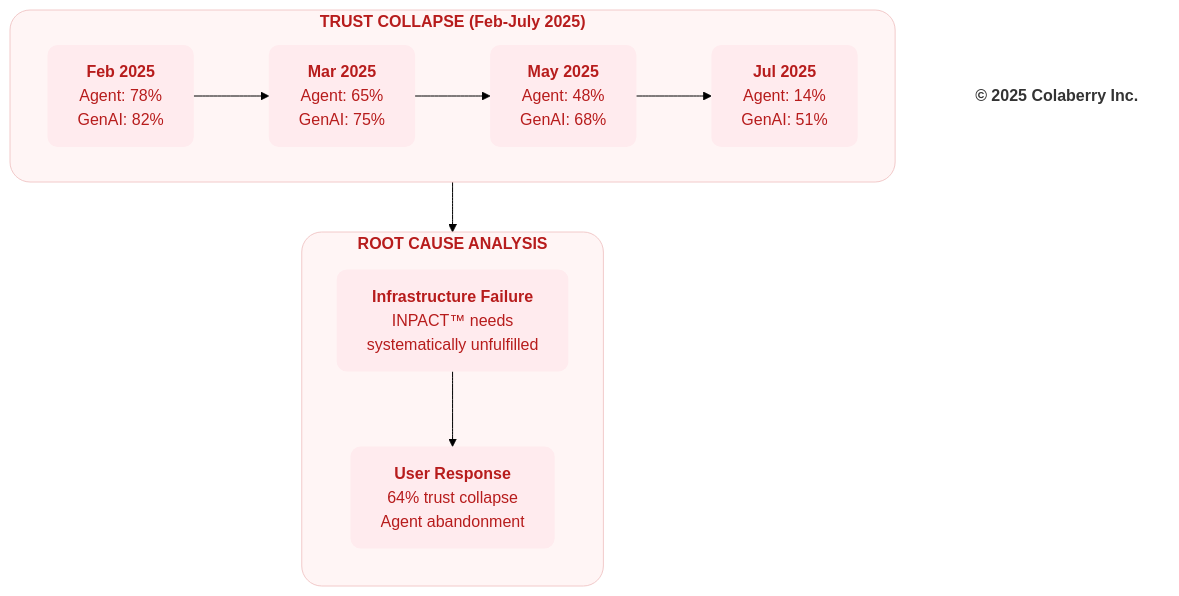
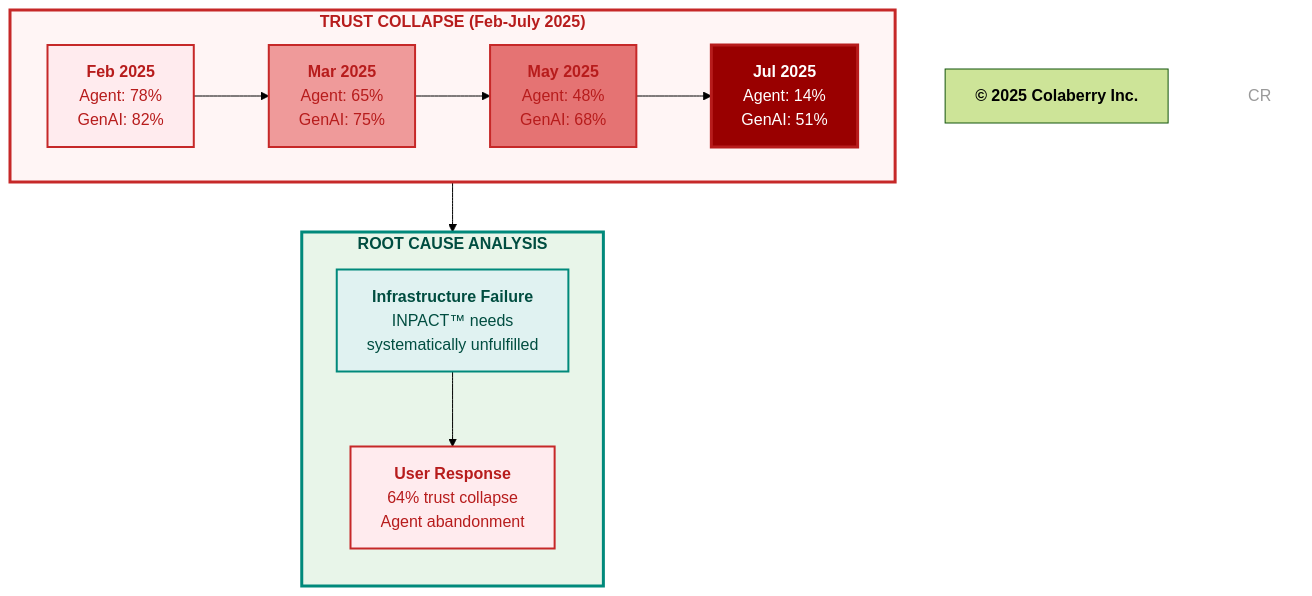
One commit to saitejesh-cyber/trust-before-intelligence-book changed the second of 6 diagrams in manuscript/02_chapter_1_why_agents_fail.md. Above: the diagram before and after it, drawn with Mermaid (forest theme). The commit also changed other lines of this file and 12 other files, not shown here.

Commit message:
Restore legacy Mermaid styles for Option 1

````diff
--- a/manuscript/02_chapter_1_why_agents_fail.md
+++ b/manuscript/02_chapter_1_why_agents_fail.md
@@ -136,43 +137,41 @@
 ```mermaid
 graph TB
     subgraph timeline["<b>TRUST COLLAPSE (Feb-July 2025)</b>"]
         direction LR
         
         FEB["<b>Feb 2025</b><br/>Agent: 78%<br/>GenAI: 82%"]
         
         MAR["<b>Mar 2025</b><br/>Agent: 65%<br/>GenAI: 75%"]
         
         MAY["<b>May 2025</b><br/>Agent: 48%<br/>GenAI: 68%"]
         
         JUL["<b>Jul 2025</b><br/>Agent: 14%<br/>GenAI: 51%"]
         
         FEB --> MAR --> MAY --> JUL
     end
     
     subgraph analysis["<b>ROOT CAUSE ANALYSIS</b>"]
         direction TB
         
         CAUSE["<b>Infrastructure Failure</b><br/>INPACT™ needs<br/>systematically unfulfilled"]
         
         RESULT["<b>User Response</b><br/>64% trust collapse<br/>Agent abandonment"]
         
         CAUSE --> RESULT
     end
     
     timeline --> analysis
-
-    %% TIMELINE — FAILURE / BI-ERA
-    style timeline fill:#fff5f5,stroke:#f2caca,stroke-width:1px,color:#b71c1c,rx:20,ry:20
-    style FEB fill:#ffebee,stroke:none,color:#b71c1c,rx:10,ry:10
-    style MAR fill:#ffebee,stroke:none,color:#b71c1c,rx:10,ry:10
-    style MAY fill:#ffebee,stroke:none,color:#b71c1c,rx:10,ry:10
-    style JUL fill:#ffebee,stroke:none,color:#b71c1c,rx:10,ry:10
-
-    %% ANALYSIS — FAILURE CONTEXT
-    style analysis fill:#fff5f5,stroke:#f2caca,stroke-width:1px,color:#b71c1c,rx:20,ry:20
-    style CAUSE fill:#ffebee,stroke:none,color:#b71c1c,rx:10,ry:10
-    style RESULT fill:#ffebee,stroke:none,color:#b71c1c,rx:10,ry:10
-
+    
+    style timeline fill:#fff5f5,stroke:#c62828,stroke-width:3px,color:#b71c1c
+    style FEB fill:#ffebee,stroke:#c62828,stroke-width:2px,color:#b71c1c
+    style MAR fill:#ef9a9a,stroke:#c62828,stroke-width:2px,color:#b71c1c
+    style MAY fill:#e57373,stroke:#c62828,stroke-width:2px,color:#b71c1c
+    style JUL fill:#990000,stroke:#b71c1c,stroke-width:3px,color:#ffffff
+    
+    style analysis fill:#e8f5e9,stroke:#00897b,stroke-width:3px,color:#004d40
+    style CAUSE fill:#e0f2f1,stroke:#00897b,stroke-width:2px,color:#004d40
+    style RESULT fill:#ffebee,stroke:#c62828,stroke-width:2px,color:#b71c1c
+    
     Copyright["<b>© 2025 Colaberry Inc.</b>"]
-    style Copyright fill:none,stroke:none,color:#333333
+    style CR fill:none,stroke:none,color:#999999
 ```
````
